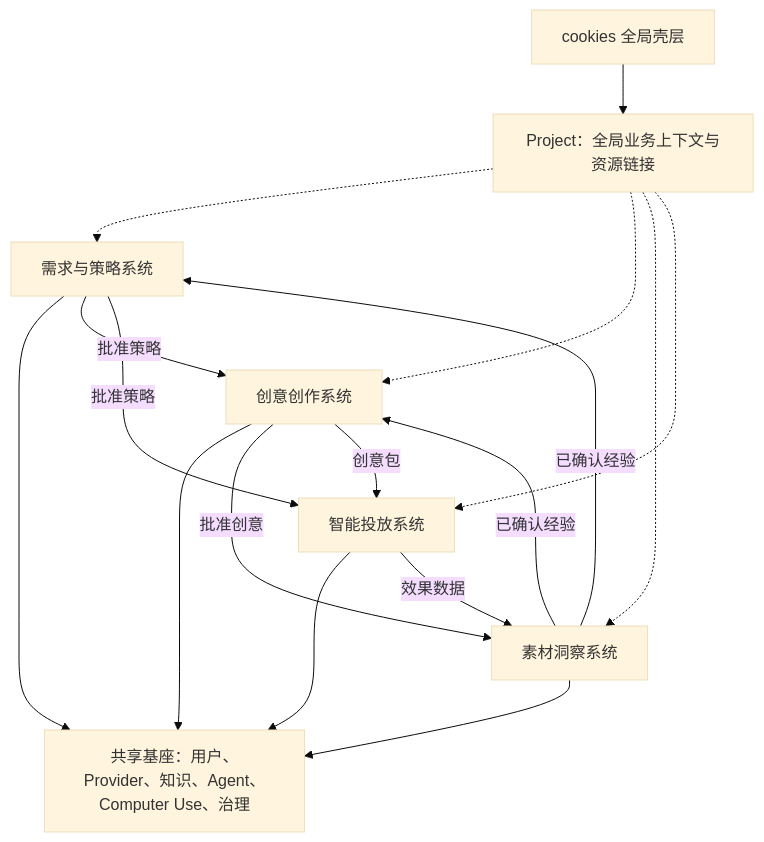
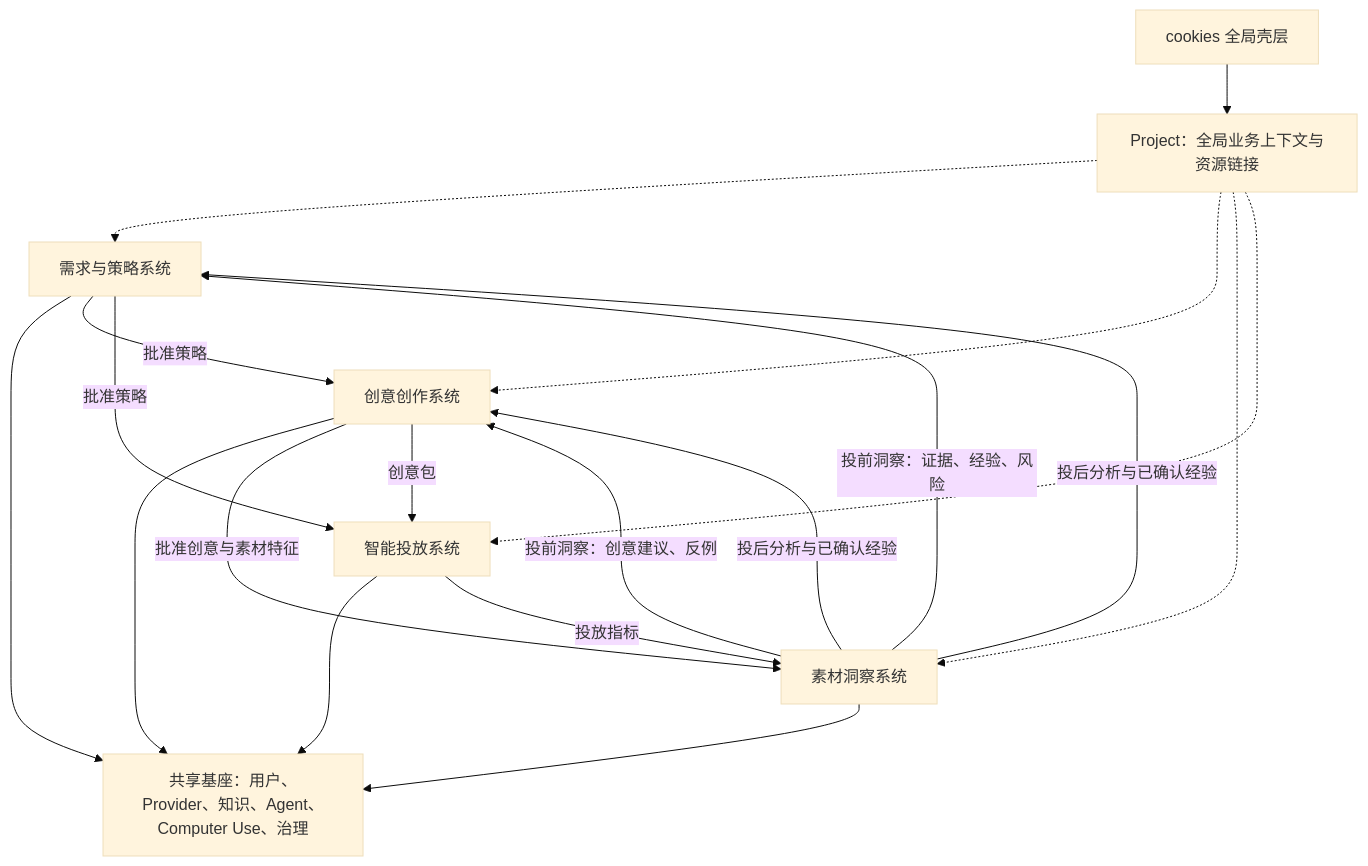
The diagram in docs/00-project-overview.md (Moemu/cookies), drawn with Mermaid (base theme) before and after one commit. The commit also changed other lines of this file and 40 other files, not shown here.

````diff
--- a/docs/00-project-overview.md
+++ b/docs/00-project-overview.md
@@ -107,29 +107,31 @@
 ```mermaid
 flowchart TB
   Shell["cookies 全局壳层"]
   Project["Project：全局业务上下文与资源链接"]
   Strategy["需求与策略系统"]
   Creative["创意创作系统"]
   Insights["素材洞察系统"]
   Delivery["智能投放系统"]
   Platform["共享基座：用户、Provider、知识、Agent、Computer Use、治理"]
 
   Shell --> Project
   Project -.-> Strategy
   Project -.-> Creative
   Project -.-> Insights
   Project -.-> Delivery
 
   Strategy --> Platform
   Creative --> Platform
   Insights --> Platform
   Delivery --> Platform
 
   Strategy -->|"批准策略"| Creative
   Strategy -->|"批准策略"| Delivery
-  Creative -->|"批准创意"| Insights
+  Insights -->|"投前洞察：证据、经验、风险"| Strategy
+  Insights -->|"投前洞察：创意建议、反例"| Creative
+  Creative -->|"批准创意与素材特征"| Insights
   Creative -->|"创意包"| Delivery
-  Delivery -->|"效果数据"| Insights
-  Insights -->|"已确认经验"| Strategy
-  Insights -->|"已确认经验"| Creative
+  Delivery -->|"投放指标"| Insights
+  Insights -->|"投后分析与已确认经验"| Strategy
+  Insights -->|"投后分析与已确认经验"| Creative
 ```
````
